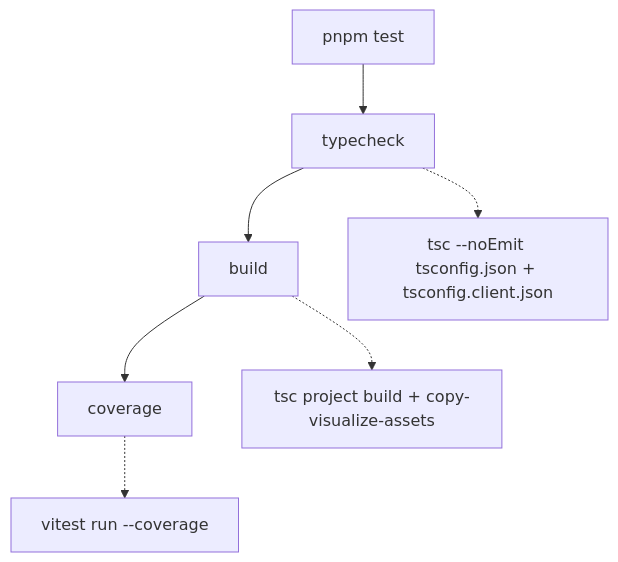
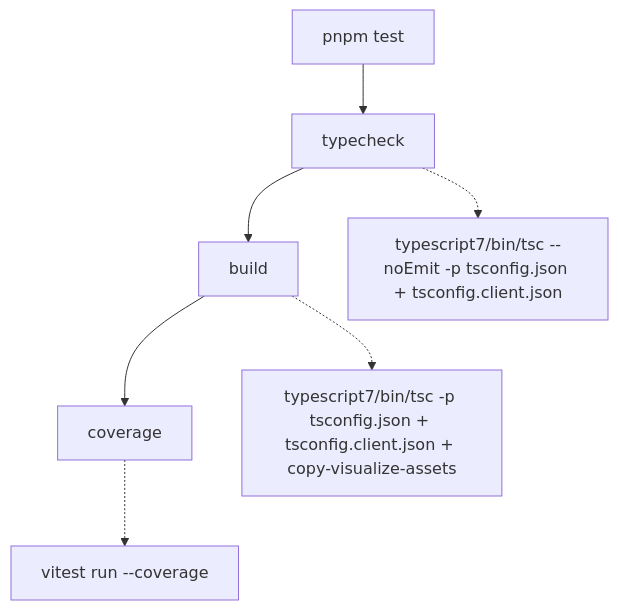
The first of 2 diagrams in openwiki/testing/overview.md (langchain-ai/openwiki), drawn with Mermaid before and after one commit. The commit also changed other lines of this file and 11 other files, not shown here.

````diff
--- a/openwiki/testing/overview.md
+++ b/openwiki/testing/overview.md
@@ -183,9 +197,9 @@
 ```mermaid
 flowchart TD
   A["pnpm test"] --> B["typecheck"]
   B --> C["build"]
   C --> D["coverage"]
-  B -.-> B1["tsc --noEmit tsconfig.json + tsconfig.client.json"]
-  C -.-> C1["tsc project build + copy-visualize-assets"]
+  B -.-> B1["typescript7/bin/tsc --noEmit -p tsconfig.json + tsconfig.client.json"]
+  C -.-> C1["typescript7/bin/tsc -p tsconfig.json + tsconfig.client.json + copy-visualize-assets"]
   D -.-> D1["vitest run --coverage"]
 ```
````
